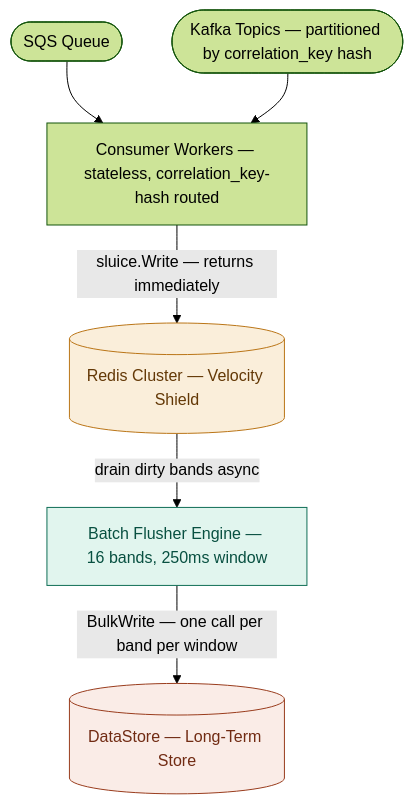
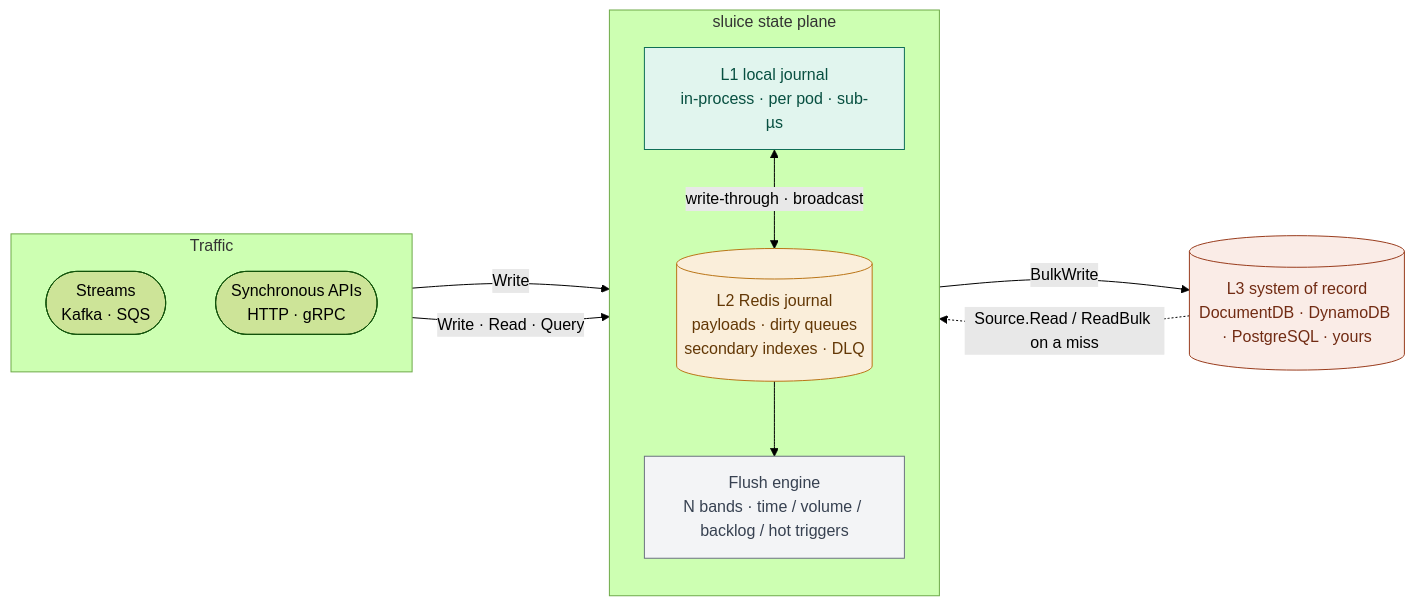
Before and after one commit to hussainpithawala/sluice-go: the first of 3 diagrams in README.md, drawn with Mermaid (forest theme). The commit also changed other lines of this file and 1 other file, not shown here.

````diff
--- a/README.md
+++ b/README.md
@@ -60,19 +45,29 @@
 ```mermaid
-flowchart TD
-    SQS(["SQS Queue"])
-    KAF(["Kafka Topics — partitioned by correlation_key hash"])
-    CON["Consumer Workers — stateless, correlation_key-hash routed"]
-    RED[("Redis Cluster — Velocity Shield")]
-    ENG["Batch Flusher Engine — 16 bands, 250ms window"]
-    DB[("DataStore — Long-Term Store")]
+flowchart LR
+    subgraph P["Traffic"]
+        direction TB
+        STR(["Streams<br/>Kafka · SQS"])
+        API(["Synchronous APIs<br/>HTTP · gRPC"])
+    end
 
-    SQS --> CON
-    KAF --> CON
-    CON -->|"sluice.Write — returns immediately"| RED
-    RED -->|drain dirty bands async| ENG
-    ENG -->|"BulkWrite — one call per band per window"| DB
+    subgraph S["sluice state plane"]
+        direction TB
+        L1["L1 local journal<br/>in-process · per pod · sub-µs"]
+        L2[("L2 Redis journal<br/>payloads · dirty queues<br/>secondary indexes · DLQ")]
+        FE["Flush engine<br/>N bands · time / volume / backlog / hot triggers"]
+        L1 <-->|"write-through · broadcast"| L2
+        L2 --> FE
+    end
 
-    style RED fill:#FAEEDA,stroke:#BA7517,color:#633806
-    style ENG fill:#E1F5EE,stroke:#0F6E56,color:#085041
-    style DB  fill:#FAECE7,stroke:#993C1D,color:#712B13
+    DS[("L3 system of record<br/>DocumentDB · DynamoDB · PostgreSQL · yours")]
+
+    STR -->|"Write"| L2
+    API -->|"Write · Read · Query"| L1
+    FE -->|"BulkWrite"| DS
+    DS -.->|"Source.Read / ReadBulk on a miss"| L2
+
+    style L1 fill:#E1F5EE,stroke:#0F6E56,color:#085041
+    style L2 fill:#FAEEDA,stroke:#BA7517,color:#633806
+    style FE fill:#F3F4F6,stroke:#6B7280,color:#374151
+    style DS fill:#FAECE7,stroke:#993C1D,color:#712B13
 ```
````
